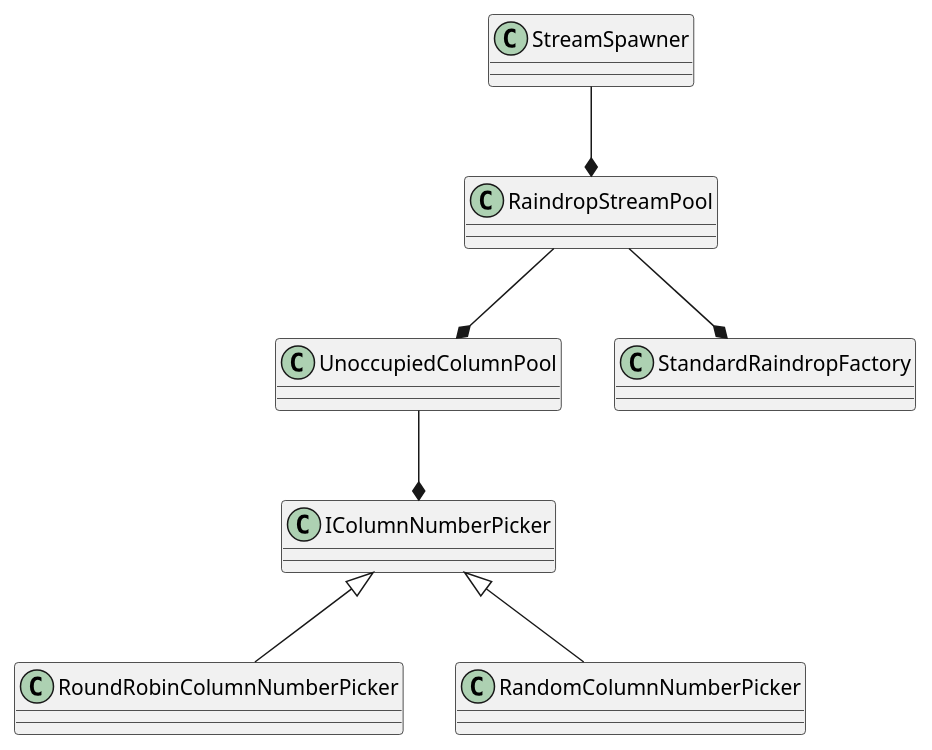
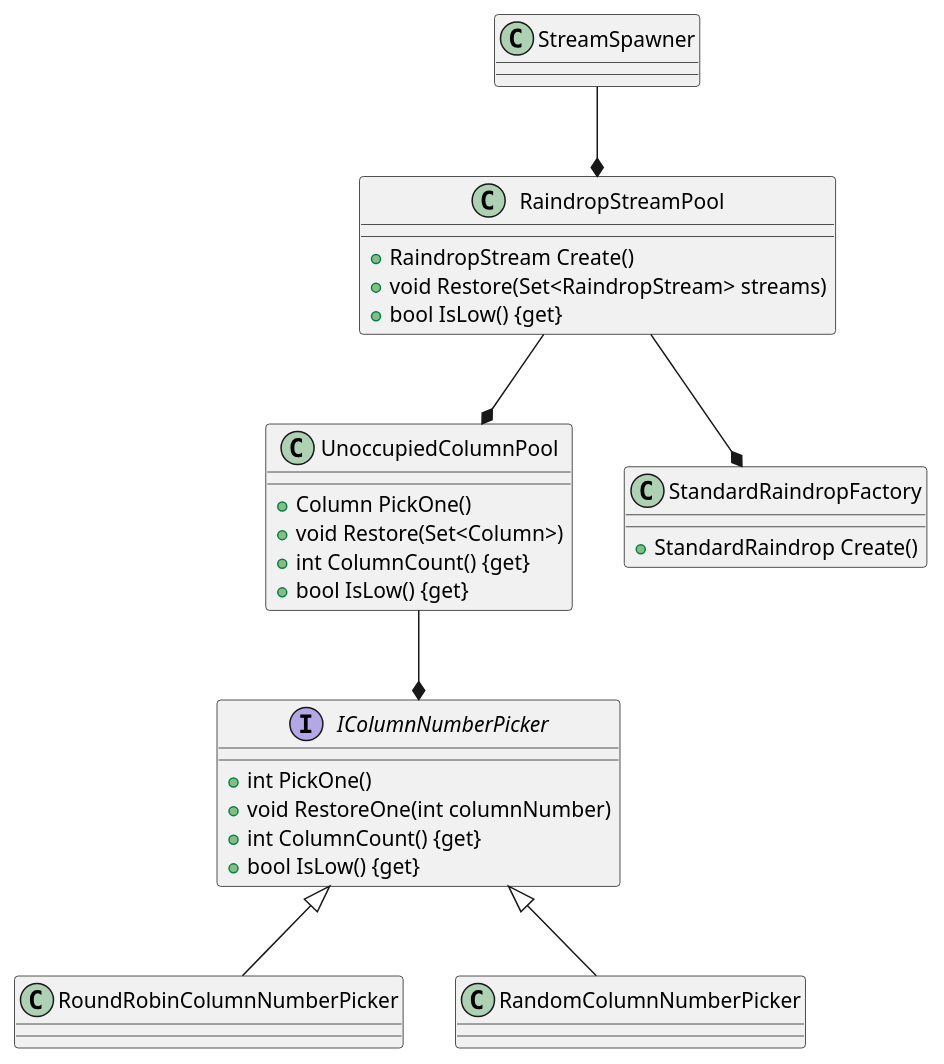
Before and after one commit to JamesComo44/DigitalRain: the diagram in class_diagram.puml, drawn with PlantUML.

```diff
--- a/class_diagram.puml
+++ b/class_diagram.puml
@@ -1,10 +1,27 @@
 @startuml
 StreamSpawner --* RaindropStreamPool 
 
 RaindropStreamPool --* UnoccupiedColumnPool
 RaindropStreamPool --* StandardRaindropFactory
 
 UnoccupiedColumnPool --* IColumnNumberPicker
 IColumnNumberPicker <|-- RoundRobinColumnNumberPicker
 IColumnNumberPicker <|-- RandomColumnNumberPicker
+
+RaindropStreamPool : +RaindropStream Create()
+RaindropStreamPool : +void Restore(Set<RaindropStream> streams)
+RaindropStreamPool : +bool IsLow() {get}
+
+UnoccupiedColumnPool : +Column PickOne()
+UnoccupiedColumnPool : +void Restore(Set<Column>)
+UnoccupiedColumnPool : +int ColumnCount() {get}
+UnoccupiedColumnPool : +bool IsLow() {get}
+
+interface IColumnNumberPicker
+IColumnNumberPicker : +int PickOne()
+IColumnNumberPicker : +void RestoreOne(int columnNumber)
+IColumnNumberPicker : +int ColumnCount() {get}
+IColumnNumberPicker : +bool IsLow() {get}
+
+StandardRaindropFactory : +StandardRaindrop Create()
 @enduml
```
